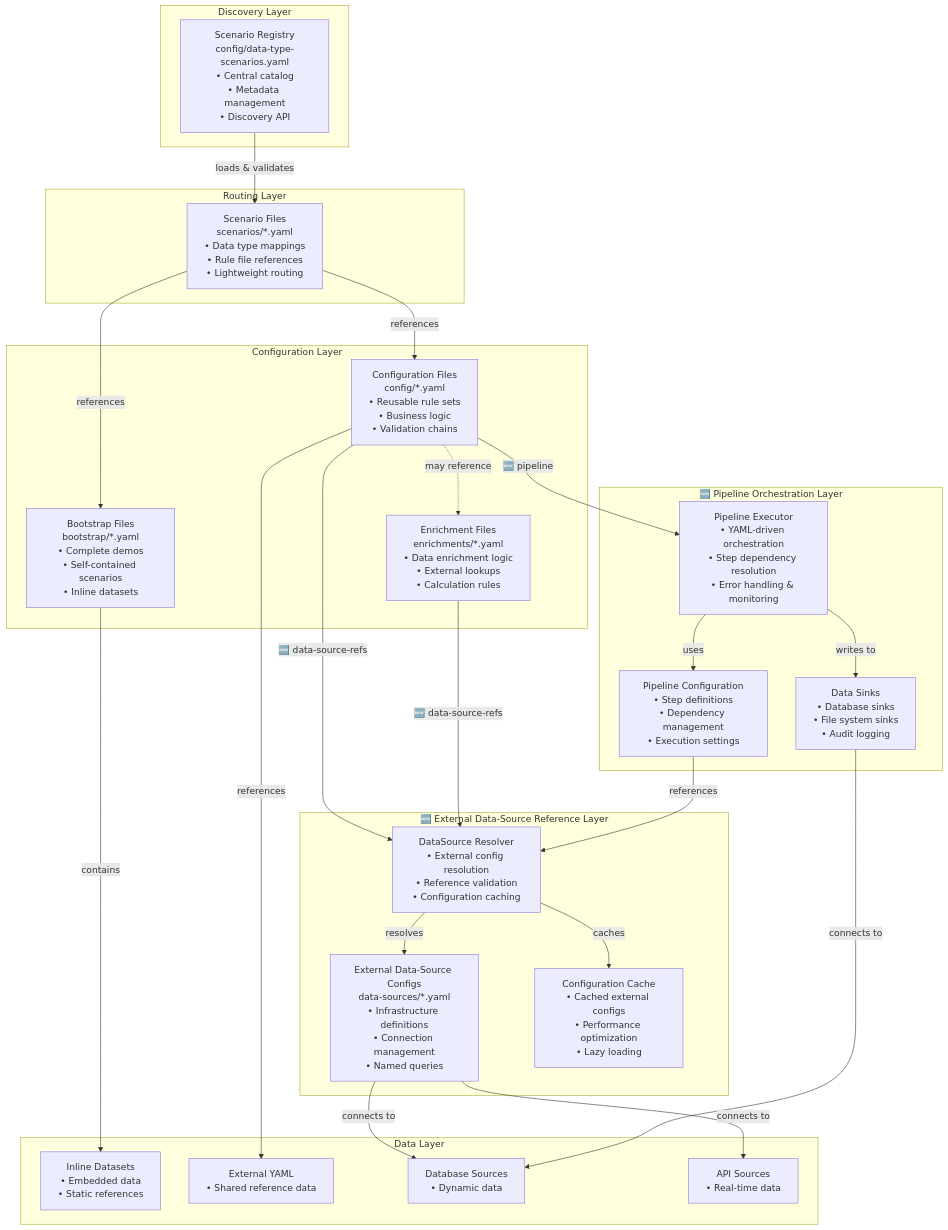
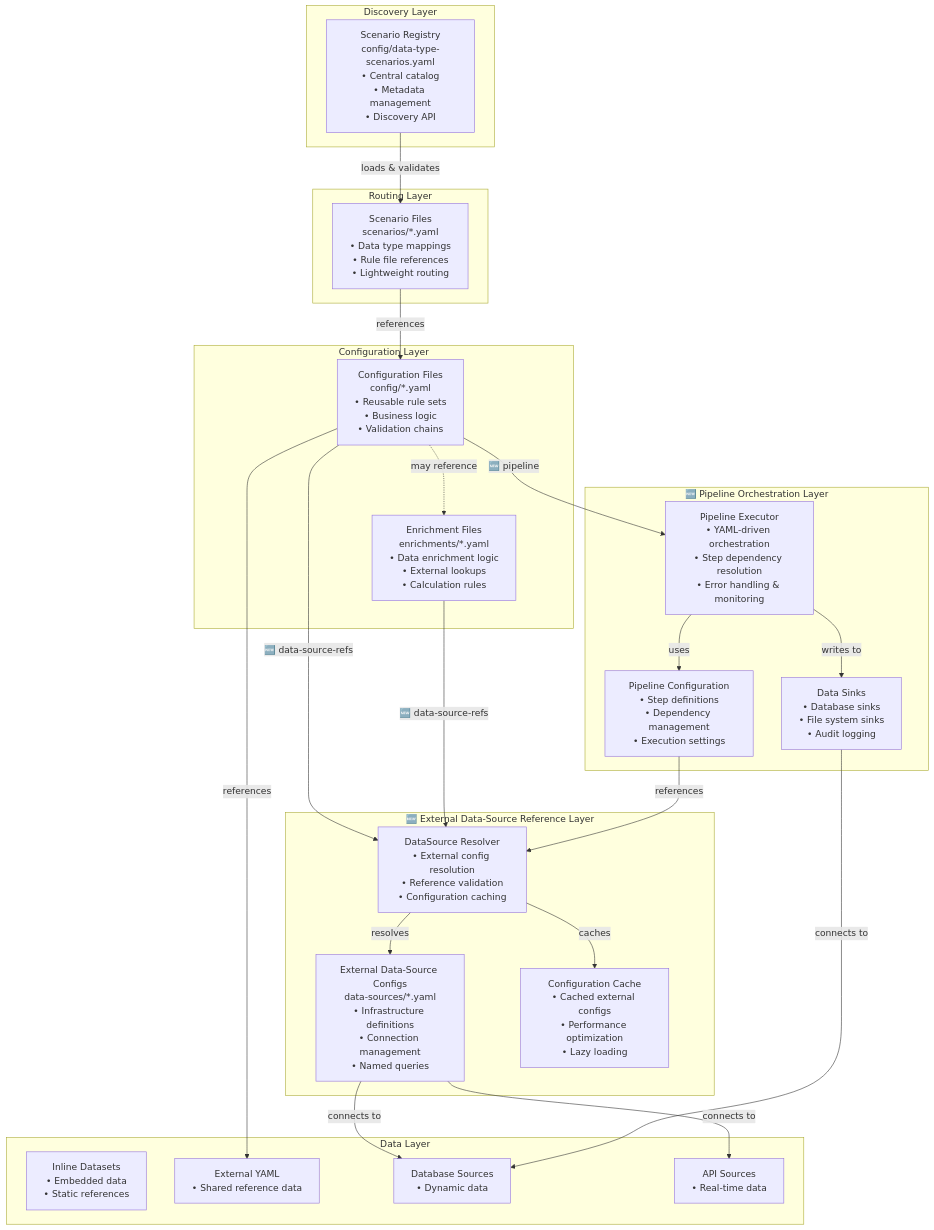
One commit to mraysmit/apex changed the first of 15 diagrams in docs/APEX_TECHNICAL_REFERENCE.md. Above: the diagram before and after it, drawn with Mermaid. The commit also changed other lines of this file and 27 other files, not shown here.

Commit message:
feat: Refactor YAML configurations and enhance metadata for rule processing; add load and memory profiling test scenarios

````diff
--- a/docs/APEX_TECHNICAL_REFERENCE.md
+++ b/docs/APEX_TECHNICAL_REFERENCE.md
@@ -102,55 +102,51 @@
 ```mermaid
 graph TD
     subgraph "Discovery Layer"
         Registry["Scenario Registry<br/>config/data-type-scenarios.yaml<br/>• Central catalog<br/>• Metadata management<br/>• Discovery API"]
     end
 
     subgraph "Routing Layer"
         ScenarioFiles["Scenario Files<br/>scenarios/*.yaml<br/>• Data type mappings<br/>• Rule file references<br/>• Lightweight routing"]
     end
 
     subgraph "Configuration Layer"
         ConfigFiles["Configuration Files<br/>config/*.yaml<br/>• Reusable rule sets<br/>• Business logic<br/>• Validation chains"]
-
-        BootstrapFiles["Bootstrap Files<br/>bootstrap/*.yaml<br/>• Complete demos<br/>• Self-contained scenarios<br/>• Inline datasets"]
 
         EnrichmentFiles["Enrichment Files<br/>enrichments/*.yaml<br/>• Data enrichment logic<br/>• External lookups<br/>• Calculation rules"]
     end
 
     subgraph "🆕 External Data-Source Reference Layer"
         DataSourceResolver["DataSource Resolver<br/>• External config resolution<br/>• Reference validation<br/>• Configuration caching"]
         ExternalConfigs["External Data-Source Configs<br/>data-sources/*.yaml<br/>• Infrastructure definitions<br/>• Connection management<br/>• Named queries"]
         ConfigCache["Configuration Cache<br/>• Cached external configs<br/>• Performance optimization<br/>• Lazy loading"]
     end
 
     subgraph "🆕 Pipeline Orchestration Layer"
         PipelineExecutor["Pipeline Executor<br/>• YAML-driven orchestration<br/>• Step dependency resolution<br/>• Error handling & monitoring"]
         PipelineConfig["Pipeline Configuration<br/>• Step definitions<br/>• Dependency management<br/>• Execution settings"]
         DataSinks["Data Sinks<br/>• Database sinks<br/>• File system sinks<br/>• Audit logging"]
     end
 
     subgraph "Data Layer"
         InlineData["Inline Datasets<br/>• Embedded data<br/>• Static references"]
         ExternalYAML["External YAML<br/>• Shared reference data"]
         DatabaseSources["Database Sources<br/>• Dynamic data"]
         APISources["API Sources<br/>• Real-time data"]
     end
 
     Registry -->|"loads & validates"| ScenarioFiles
     ScenarioFiles -->|"references"| ConfigFiles
-    ScenarioFiles -->|"references"| BootstrapFiles
     ConfigFiles -.->|"may reference"| EnrichmentFiles
     ConfigFiles -->|"🆕 data-source-refs"| DataSourceResolver
     ConfigFiles -->|"🆕 pipeline"| PipelineExecutor
     EnrichmentFiles -->|"🆕 data-source-refs"| DataSourceResolver
     PipelineExecutor -->|"uses"| PipelineConfig
     PipelineExecutor -->|"writes to"| DataSinks
     PipelineConfig -->|"references"| DataSourceResolver
     DataSourceResolver -->|"resolves"| ExternalConfigs
     DataSourceResolver -->|"caches"| ConfigCache
-    BootstrapFiles -->|"contains"| InlineData
     ConfigFiles -->|"references"| ExternalYAML
     ExternalConfigs -->|"connects to"| DatabaseSources
     ExternalConfigs -->|"connects to"| APISources
     DataSinks -->|"connects to"| DatabaseSources
 ```
````
